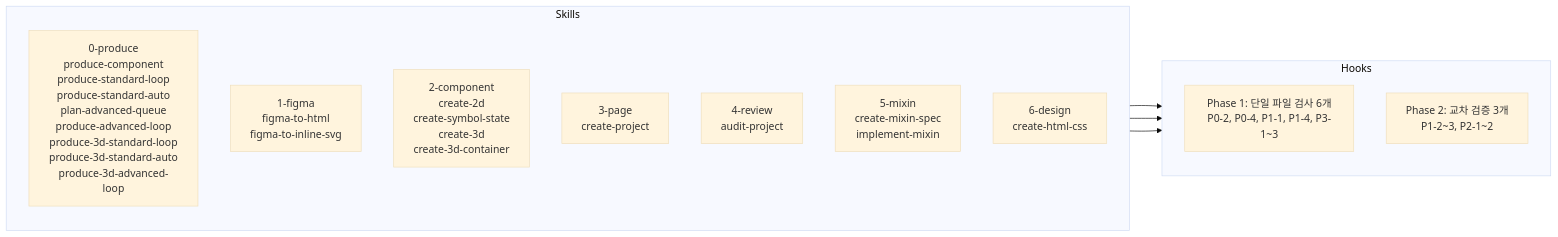
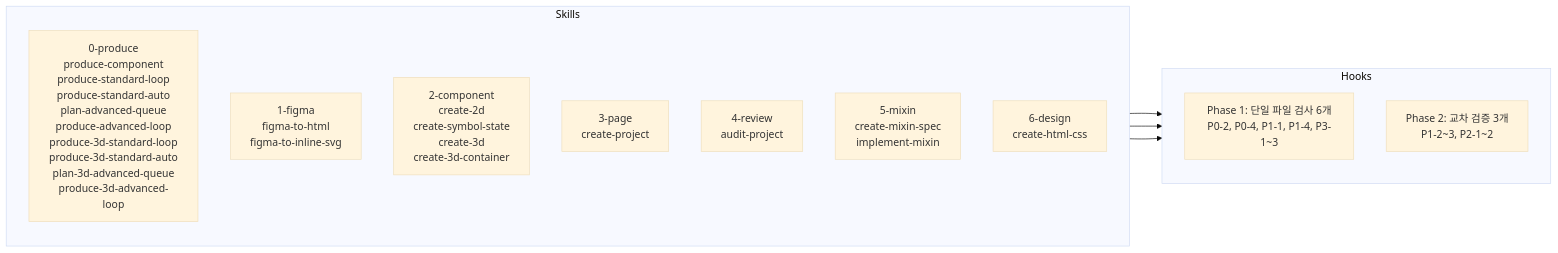
Before and after one commit to dysong-lab/WEB_BUILDER_TOOLKIT: the second of 2 diagrams in CLAUDE.md, drawn with Mermaid (base theme). The commit also changed other lines of this file and 8 other files, not shown here.

First line of the commit message:
refactor: 2D/3D 생산 프로세스 정합성 통일 — PRODUCTION_QUEUE 제거, ADVANCED_QUEUE 도입

````diff
--- a/CLAUDE.md
+++ b/CLAUDE.md
@@ -29,23 +29,23 @@
 ```mermaid
 flowchart LR
     subgraph Skills
         direction TB
-        S0[0-produce<br/>produce-component<br/>produce-standard-loop<br/>produce-standard-auto<br/>plan-advanced-queue<br/>produce-advanced-loop<br/>produce-3d-standard-loop<br/>produce-3d-standard-auto<br/>produce-3d-advanced-loop]
+        S0[0-produce<br/>produce-component<br/>produce-standard-loop<br/>produce-standard-auto<br/>plan-advanced-queue<br/>produce-advanced-loop<br/>produce-3d-standard-loop<br/>produce-3d-standard-auto<br/>plan-3d-advanced-queue<br/>produce-3d-advanced-loop]
         S1[1-figma<br/>figma-to-html<br/>figma-to-inline-svg]
         S2[2-component<br/>create-2d<br/>create-symbol-state<br/>create-3d<br/>create-3d-container]
         S3[3-page<br/>create-project]
         S4[4-review<br/>audit-project]
         S5[5-mixin<br/>create-mixin-spec<br/>implement-mixin]
         S6[6-design<br/>create-html-css]
     end
 
     subgraph Hooks
         direction TB
         H1[Phase 1: 단일 파일 검사 6개<br/>P0-2, P0-4, P1-1, P1-4, P3-1~3]
         H2[Phase 2: 교차 검증 3개<br/>P1-2~3, P2-1~2]
     end
 
     S2 --> H1
     S2 --> H2
     S3 --> H2
 ```
````
